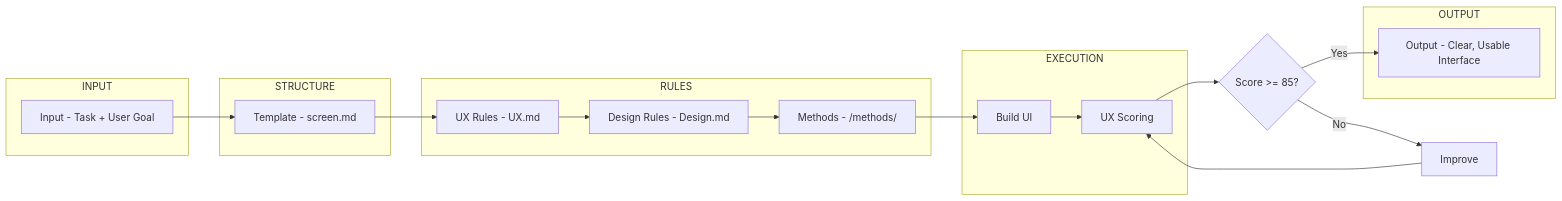
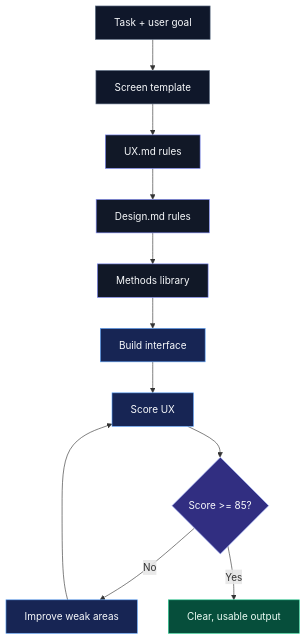
The diagram in README.md (layr-hq/layr), drawn with Mermaid before and after one commit.

````diff
--- a/README.md
+++ b/README.md
@@ -64,33 +64,25 @@
 ```mermaid
-flowchart LR
+flowchart TD
+    A["Task + user goal"] --> B["Screen template"]
+    B --> C["UX.md rules"]
+    C --> D["Design.md rules"]
+    D --> E["Methods library"]
+    E --> F["Build interface"]
+    F --> G["Score UX"]
+    G --> H{"Score >= 85?"}
+    H -- "No" --> I["Improve weak areas"]
+    I --> G
+    H -- "Yes" --> J["Clear, usable output"]
 
-    subgraph INPUT
-        A[Input - Task + User Goal]
-    end
+    classDef input fill:#0f172a,stroke:#64748b,color:#f8fafc;
+    classDef rules fill:#111827,stroke:#818cf8,color:#f8fafc;
+    classDef action fill:#172554,stroke:#60a5fa,color:#f8fafc;
+    classDef decision fill:#312e81,stroke:#a5b4fc,color:#f8fafc;
+    classDef output fill:#064e3b,stroke:#34d399,color:#ecfdf5;
 
-    subgraph STRUCTURE
-        B[Template - screen.md]
-    end
-
-    subgraph RULES
-        C[UX Rules - UX.md]
-        D[Design Rules - Design.md]
-        E[Methods - /methods/]
-    end
-
-    subgraph EXECUTION
-        F[Build UI]
-        G[UX Scoring]
-    end
-
-    subgraph OUTPUT
-        J[Output - Clear, Usable Interface]
-    end
-
-    A --> B --> C --> D --> E --> F --> G
-
-    G --> H{Score >= 85?}
-    H -- No --> I[Improve]
-    I --> G
-    H -- Yes --> J
+    class A,B input;
+    class C,D,E rules;
+    class F,G,I action;
+    class H decision;
+    class J output;
 ```
````
